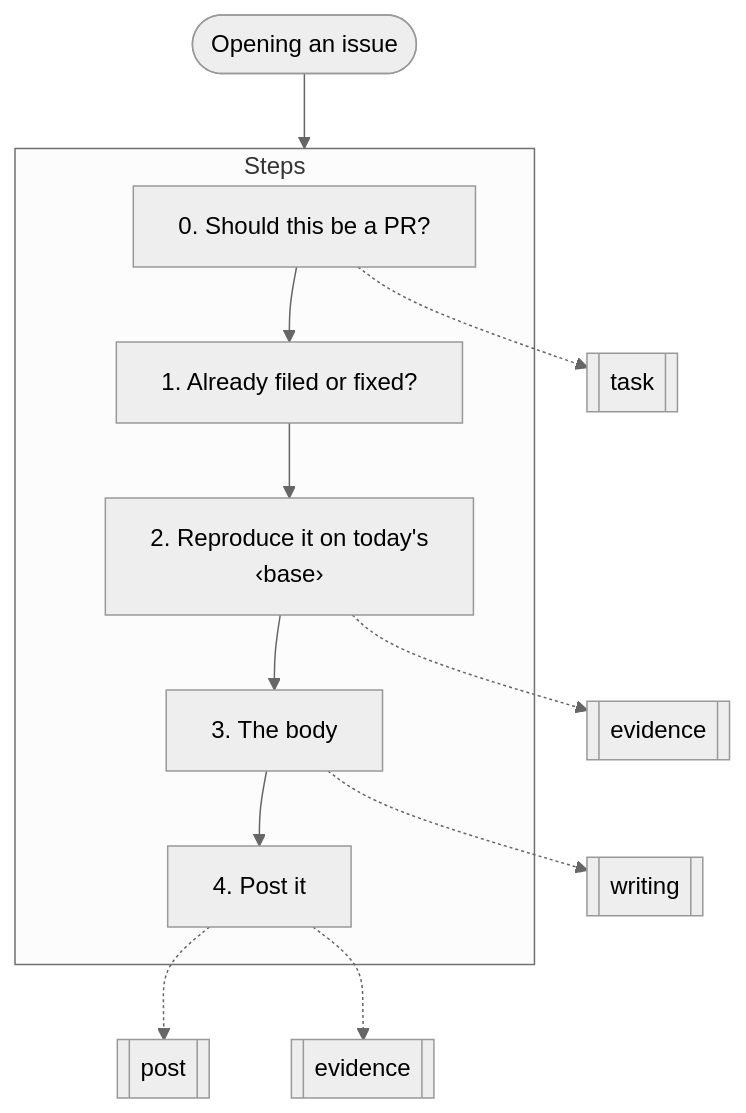
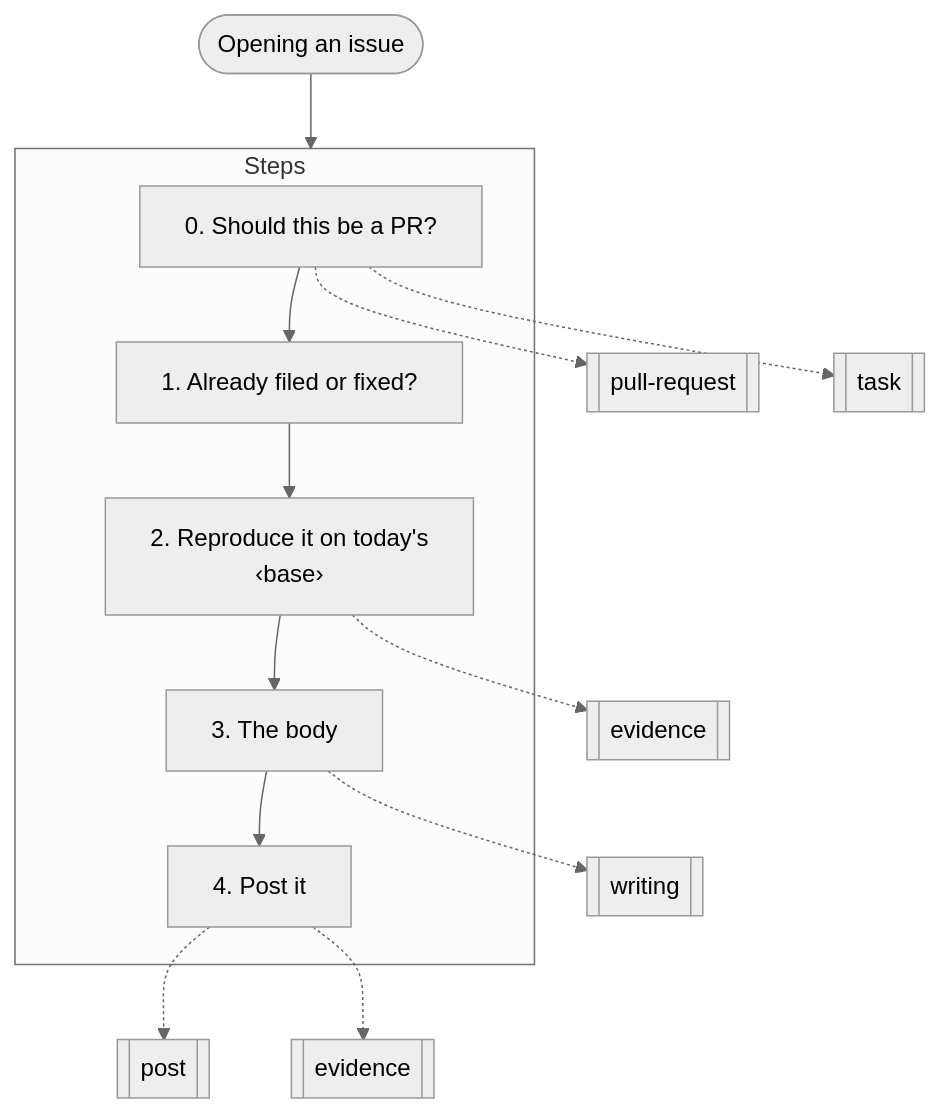
Before and after one commit to nitedani-agent/mergeworthy: the sixth of 19 diagrams in docs/graphs.md, drawn with Mermaid (neutral theme). The commit also changed other lines of this file and 24 other files, not shown here.

````diff
--- a/docs/graphs.md
+++ b/docs/graphs.md
@@ -155,21 +156,22 @@
 ```mermaid
 flowchart TB
   start(["Opening an issue"])
   subgraph g0["Steps"]
     s0["0. Should this be a PR?"]
     s1["1. Already filed or fixed?"]
     s0 --> s1
     s2["2. Reproduce it on today's<br/>‹base›"]
     s1 --> s2
     s3["3. The body"]
     s2 --> s3
     s4["4. Post it"]
     s3 --> s4
   end
-  s0 -.-> r1[["task"]]
-  s2 -.-> r2[["evidence"]]
-  s3 -.-> r3[["writing"]]
-  s4 -.-> r4[["post"]]
-  s4 -.-> r5[["evidence"]]
+  s0 -.-> r1[["pull-request"]]
+  s0 -.-> r2[["task"]]
+  s2 -.-> r3[["evidence"]]
+  s3 -.-> r4[["writing"]]
+  s4 -.-> r5[["post"]]
+  s4 -.-> r6[["evidence"]]
   start --> g0
 ```
````
